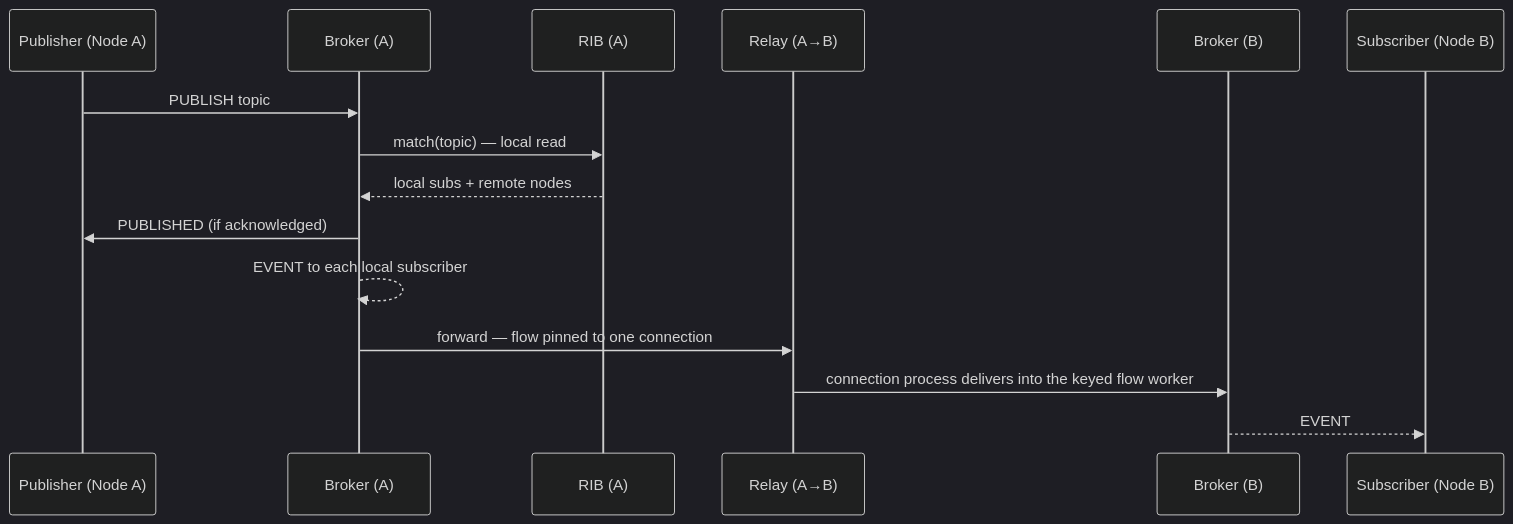
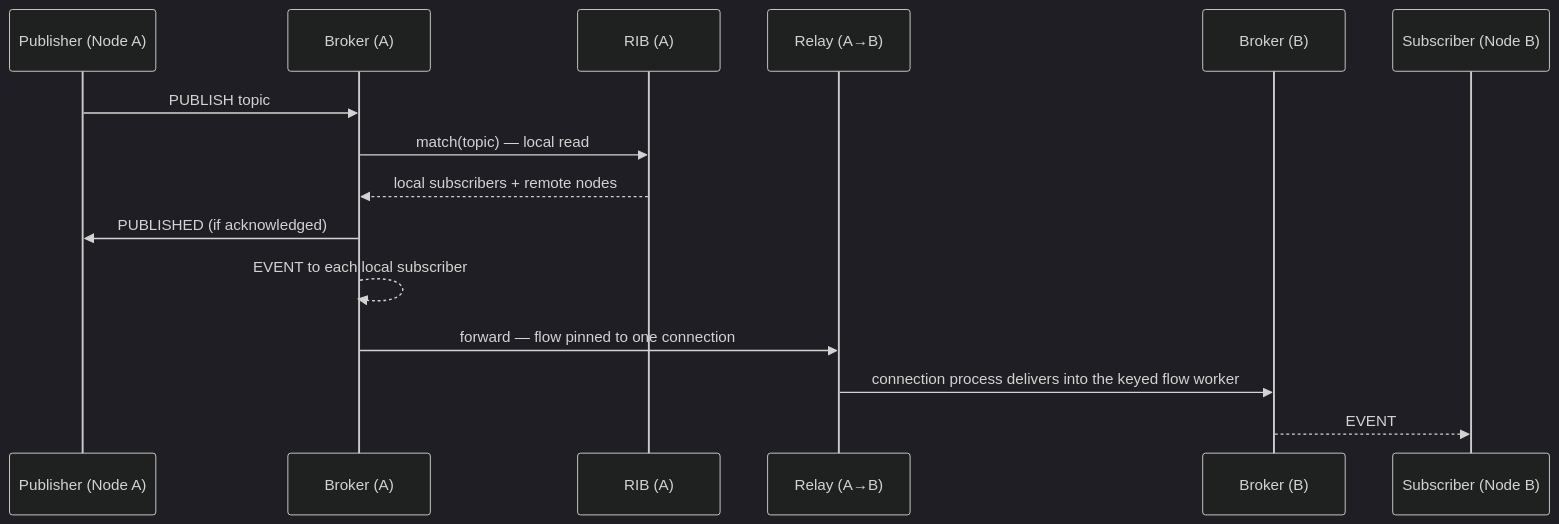
The second of 2 diagrams in doc/guides/architecture/view_routing_plane.md (bondy-io/bondy), drawn with Mermaid (dark theme) before and after one commit. The commit also changed other lines of this file and 449 other files, not shown here.

````diff
--- a/doc/guides/architecture/view_routing_plane.md
+++ b/doc/guides/architecture/view_routing_plane.md
@@ -63,17 +66,17 @@
 ```mermaid
 sequenceDiagram
     participant P as Publisher (Node A)
     participant B as Broker (A)
     participant RIB as RIB (A)
     participant RL as Relay (A→B)
     participant B2 as Broker (B)
     participant S as Subscriber (Node B)
     P->>B: PUBLISH topic
-    B->>RIB: match(topic)  — local read
-    RIB-->>B: local subs + remote nodes
+    B->>RIB: match(topic) — local read
+    RIB-->>B: local subscribers + remote nodes
     B->>P: PUBLISHED (if acknowledged)
     B-->>B: EVENT to each local subscriber
     B->>RL: forward — flow pinned to one connection
     RL->>B2: connection process delivers into the keyed flow worker
     B2-->>S: EVENT
 ```
````
